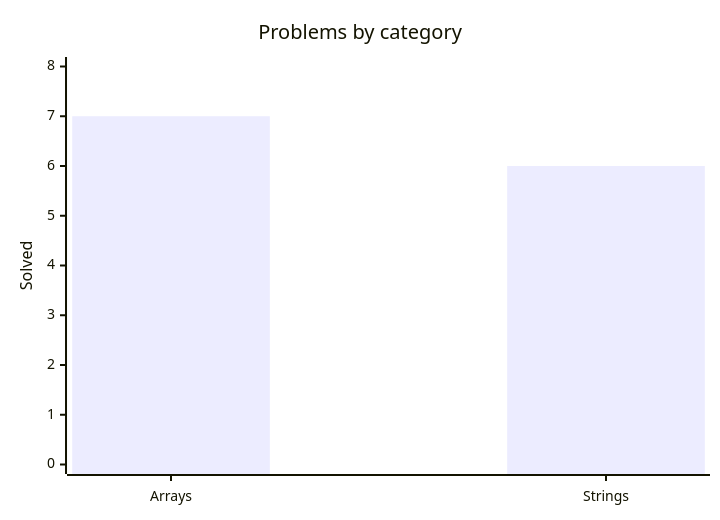
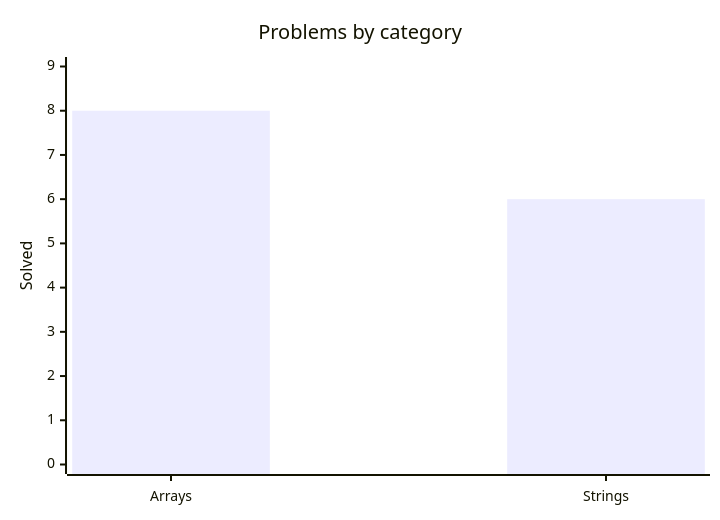
The diagram in README.md (mauli-waghmore/data-structures-algorithms-kotlin), drawn with Mermaid before and after one commit. The commit also changed other lines of this file and 1 other file, not shown here.

````diff
--- a/README.md
+++ b/README.md
@@ -35,8 +35,8 @@
 ```mermaid
 %%{init: {"xyChart": {"plotColorPalette": "#7F52FF"}}}%%
 xychart-beta
     title "Problems by category"
     x-axis ["Arrays", "Strings"]
-    y-axis "Solved" 0 --> 8
-    bar [7, 6]
+    y-axis "Solved" 0 --> 9
+    bar [8, 6]
 ```
````
